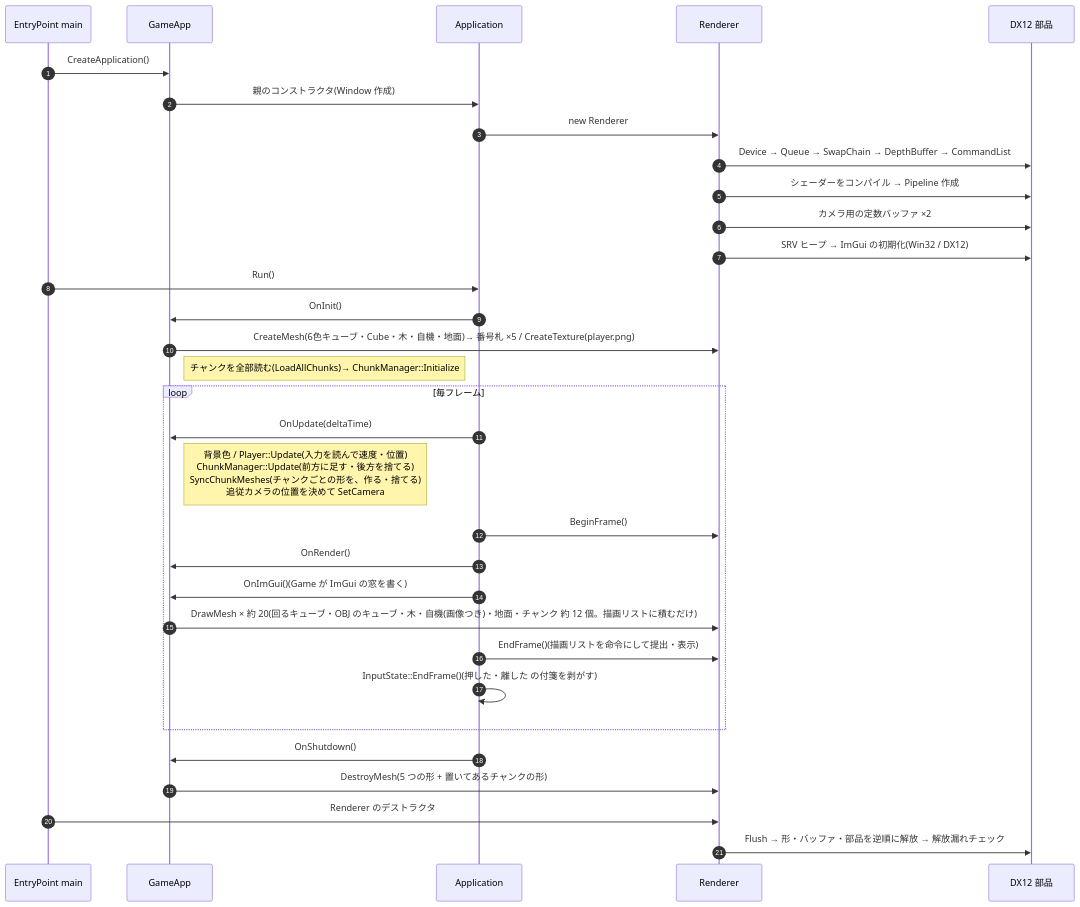
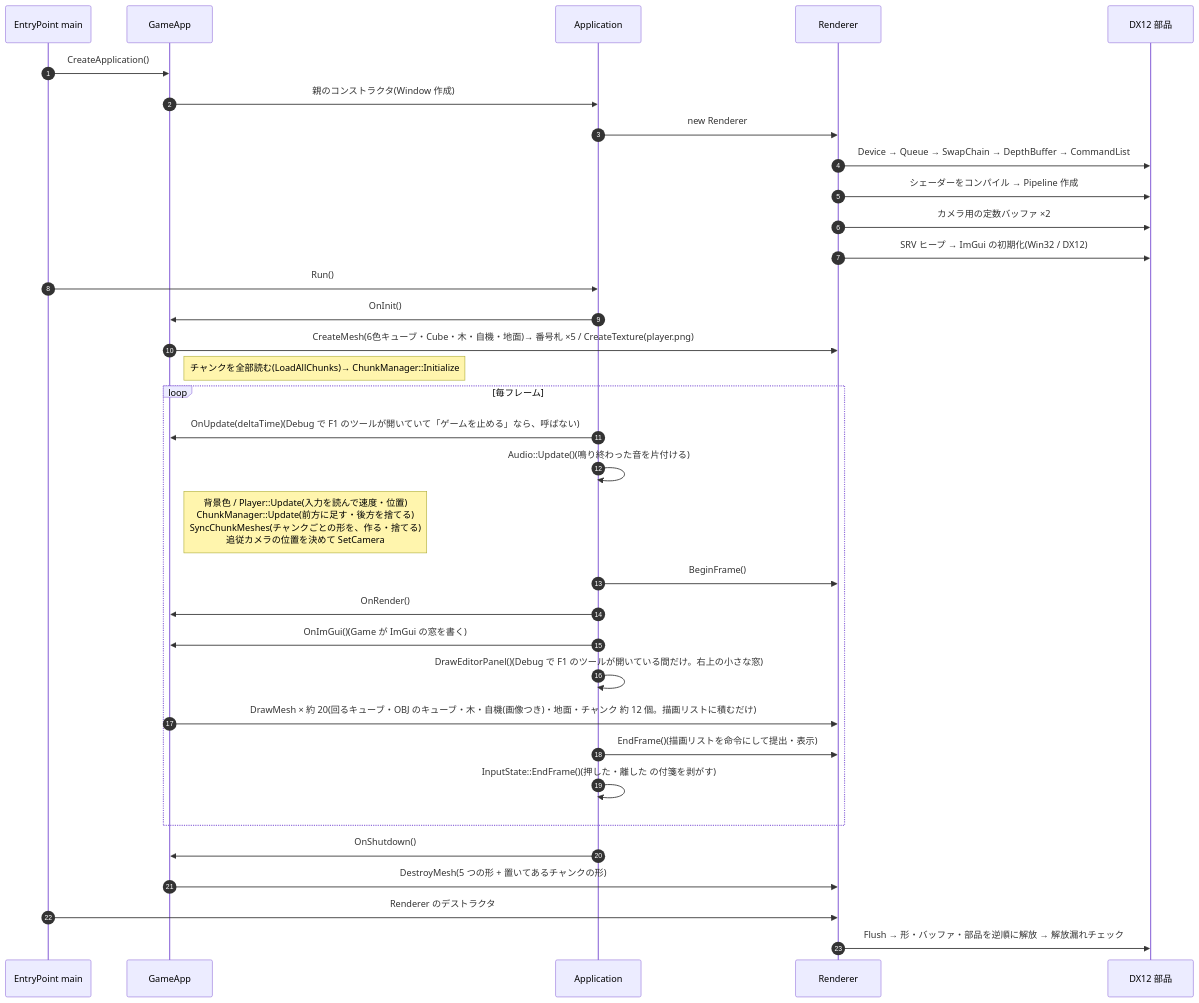
Before and after one commit to KRKRKRKRKRKRKRKRKRKR/KREngine: the first of 2 diagrams in docs/Lifecycle.md, drawn with Mermaid. The commit also changed other lines of this file and 12 other files, not shown here.

First line of the commit message:
F1 でツールを開く:Debug のゲームで F1 → 敵の行動のツール KRBehaviorEditor を起動・一時停止の切り替え

````diff
--- a/docs/Lifecycle.md
+++ b/docs/Lifecycle.md
@@ -18,37 +18,39 @@
 ```mermaid
 sequenceDiagram
     autonumber
     participant EP as EntryPoint main
     participant Game as GameApp
     participant App as Application
     participant R as Renderer
     participant DX as DX12 部品
 
     EP->>Game: CreateApplication()
     Game->>App: 親のコンストラクタ(Window 作成)
     App->>R: new Renderer
     R->>DX: Device → Queue → SwapChain → DepthBuffer → CommandList
     R->>DX: シェーダーをコンパイル → Pipeline 作成
     R->>DX: カメラ用の定数バッファ ×2
     R->>DX: SRV ヒープ → ImGui の初期化(Win32 / DX12)
     EP->>App: Run()
     App->>Game: OnInit()
     Game->>R: CreateMesh(6色キューブ・Cube・木・自機・地面)→ 番号札 ×5 / CreateTexture(player.png)
     Note right of Game: チャンクを全部読む(LoadAllChunks)→ ChunkManager::Initialize
 
     loop 毎フレーム
-        App->>Game: OnUpdate(deltaTime)
+        App->>Game: OnUpdate(deltaTime)(Debug で F1 のツールが開いていて「ゲームを止める」なら、呼ばない)
+        App->>App: Audio::Update()(鳴り終わった音を片付ける)
         Note right of Game: 背景色 / Player::Update(入力を読んで速度・位置)<br/>ChunkManager::Update(前方に足す・後方を捨てる)<br/>SyncChunkMeshes(チャンクごとの形を、作る・捨てる)<br/>追従カメラの位置を決めて SetCamera
         App->>R: BeginFrame()
         App->>Game: OnRender()
         App->>Game: OnImGui()(Game が ImGui の窓を書く)
+        App->>App: DrawEditorPanel()(Debug で F1 のツールが開いている間だけ。右上の小さな窓)
         Game->>R: DrawMesh × 約 20(回るキューブ・OBJ のキューブ・木・自機(画像つき)・地面・チャンク 約 12 個。描画リストに積むだけ)
         App->>R: EndFrame()(描画リストを命令にして提出・表示)
         App->>App: InputState::EndFrame()(押した・離した の付箋を剥がす)
     end
 
     App->>Game: OnShutdown()
     Game->>R: DestroyMesh(5 つの形 + 置いてあるチャンクの形)
     EP->>R: Renderer のデストラクタ
     R->>DX: Flush → 形・バッファ・部品を逆順に解放 → 解放漏れチェック
 ```
````
